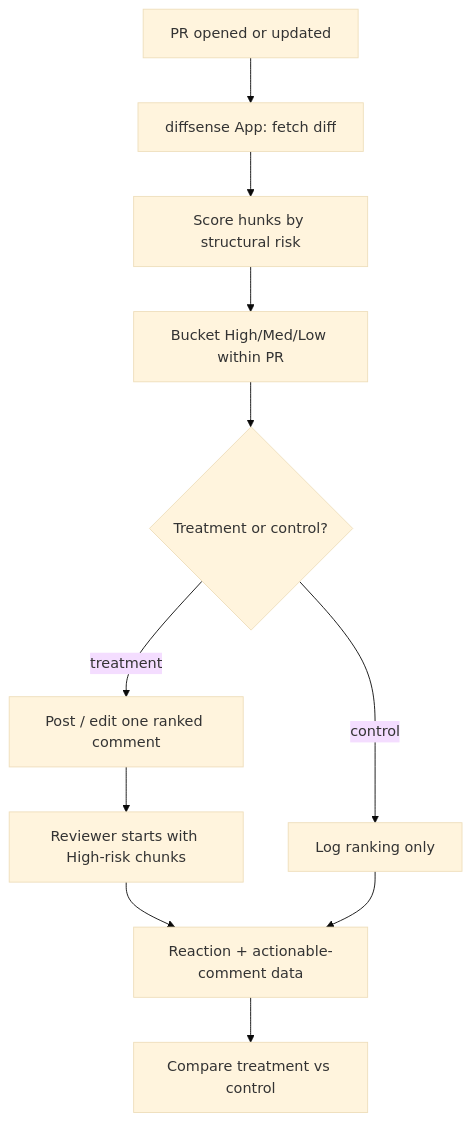
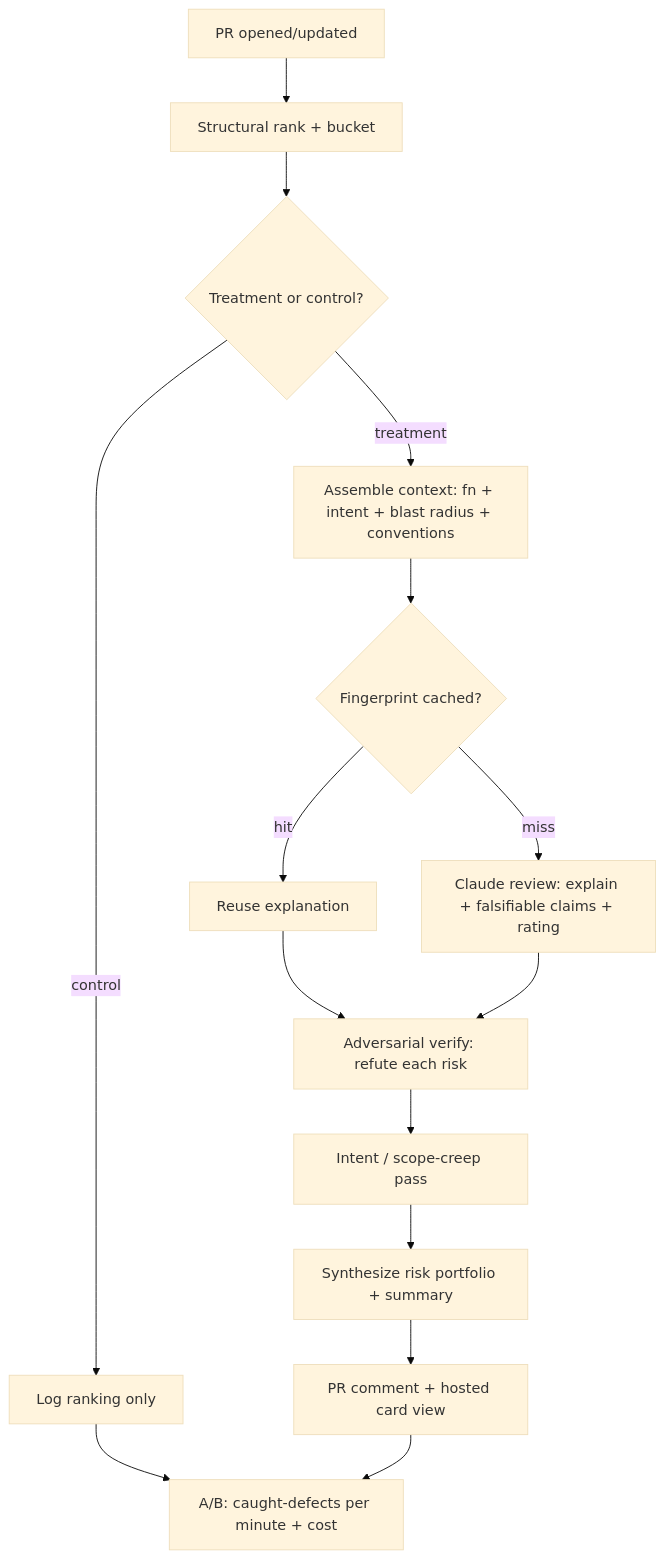
Before and after one commit to robert197/diffsense: the diagram in docs/brainstorms/2026-06-18-risk-prioritized-pr-review-requirements.md, drawn with Mermaid (base theme). The commit also changed other lines of this file, not shown here.

First line of the commit message:
Requirements v2: quality-first LLM review engine

````diff
--- a/docs/brainstorms/2026-06-18-risk-prioritized-pr-review-requirements.md
+++ b/docs/brainstorms/2026-06-18-risk-prioritized-pr-review-requirements.md
@@ -87,13 +91,17 @@
 ```mermaid
 flowchart TB
-  PR[PR opened or updated] --> APP[diffsense App: fetch diff]
-  APP --> RANK[Score hunks by structural risk]
-  RANK --> BUCKET[Bucket High/Med/Low within PR]
-  BUCKET --> ARM{Treatment or control?}
-  ARM -->|treatment| COMMENT[Post / edit one ranked comment]
+  PR[PR opened/updated] --> RANK[Structural rank + bucket]
+  RANK --> ARM{Treatment or control?}
   ARM -->|control| LOG[Log ranking only]
-  COMMENT --> REVIEW[Reviewer starts with High-risk chunks]
-  REVIEW --> SIGNAL[Reaction + actionable-comment data]
-  LOG --> SIGNAL
-  SIGNAL --> MEASURE[Compare treatment vs control]
+  ARM -->|treatment| CTX[Assemble context: fn + intent + blast radius + conventions]
+  CTX --> CACHE{Fingerprint cached?}
+  CACHE -->|hit| REUSE[Reuse explanation]
+  CACHE -->|miss| LLM[Claude review: explain + falsifiable claims + rating]
+  REUSE --> VERIFY
+  LLM --> VERIFY[Adversarial verify: refute each risk]
+  VERIFY --> SCOPE[Intent / scope-creep pass]
+  SCOPE --> SYNTH[Synthesize risk portfolio + summary]
+  SYNTH --> OUT[PR comment + hosted card view]
+  LOG --> MEASURE[A/B: caught-defects per minute + cost]
+  OUT --> MEASURE
 ```
````
